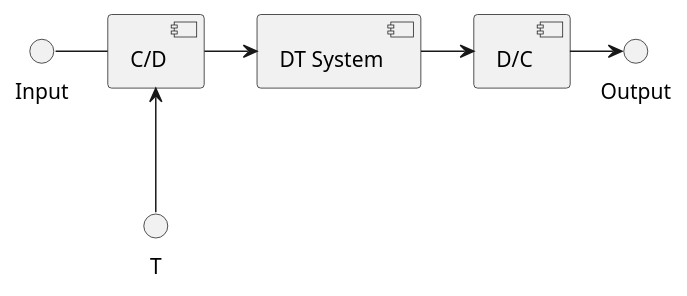
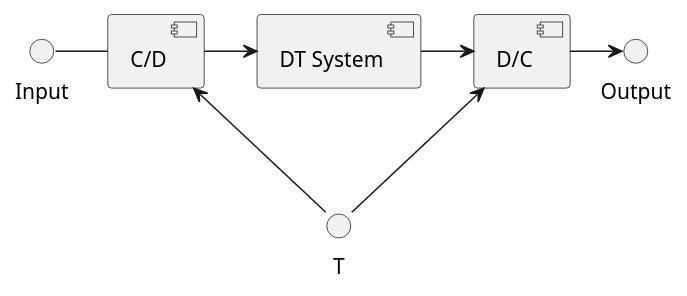
Before and after one commit to ashwinreddy/wiki: the diagram in Engineering/Signal-Processing/Digital signal processing.md, drawn with PlantUML.

Commit message:
Updated Digital signal processing.md (markdown)

```diff
--- a/Engineering/Signal-Processing/Digital signal processing.md
+++ b/Engineering/Signal-Processing/Digital signal processing.md
@@ -6,7 +6,8 @@
 @startuml
 Input - [C/D]
 [C/D] <-- T
 [C/D] -> [DT System]
 [DT System] -> [D/C]
+[D/C] <-- T
 [D/C] -> Output
 @enduml
```
